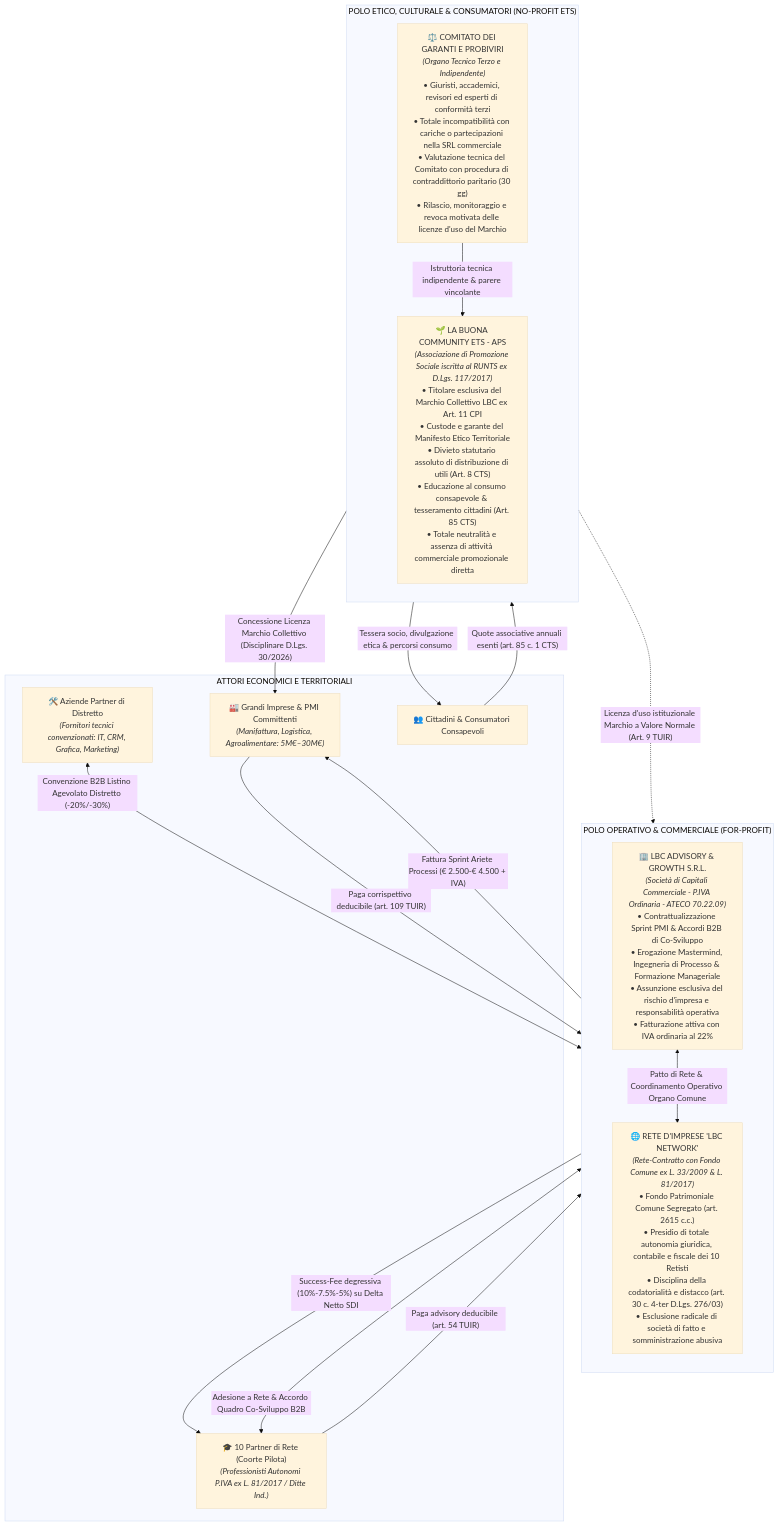
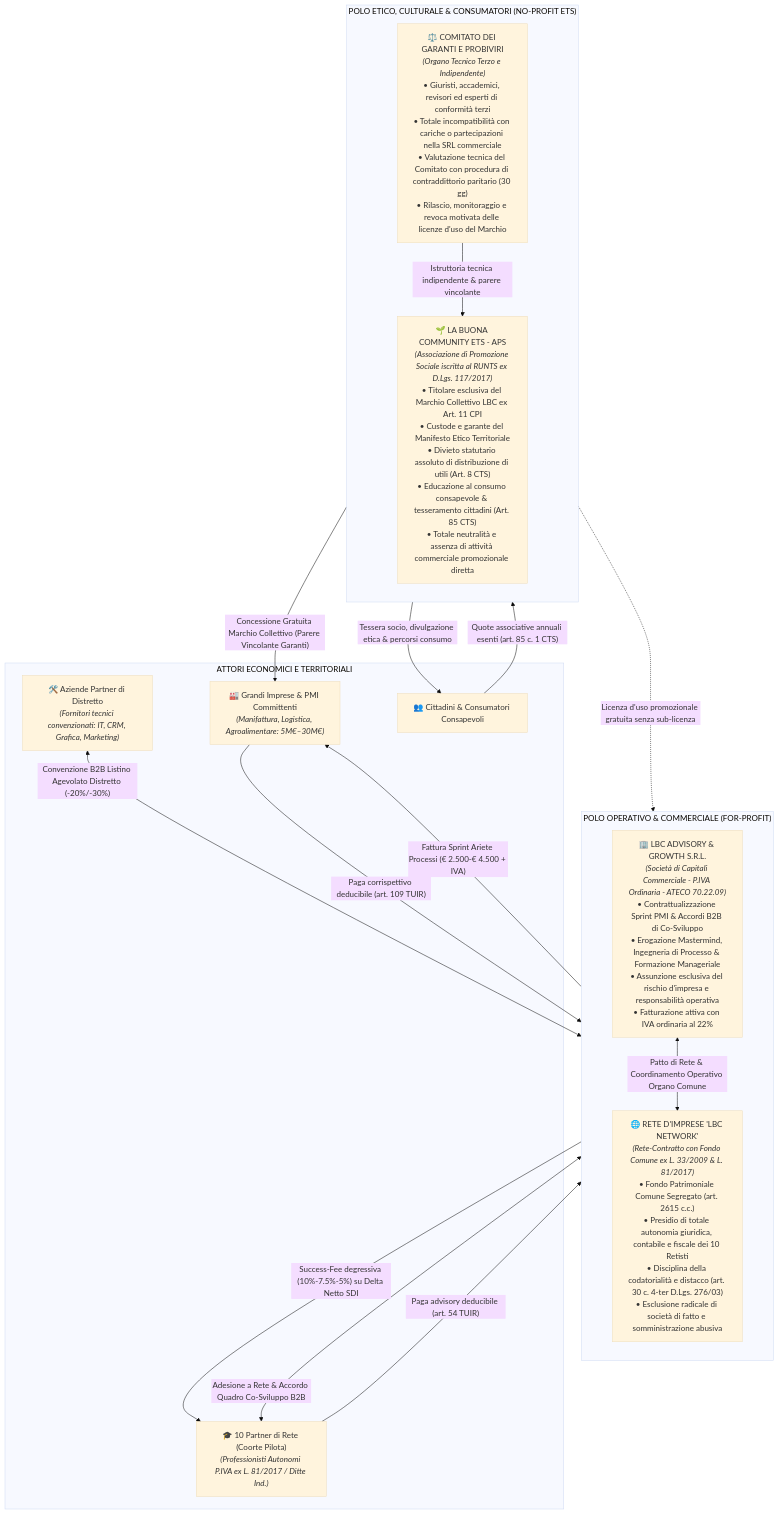
The first of 8 diagrams in STRATEGIC_BLUEPRINT.md (MarioDaeda/lbc-la-buona-community), drawn with Mermaid (base theme) before and after one commit. The commit also changed other lines of this file and 10 other files, not shown here.

````diff
--- a/STRATEGIC_BLUEPRINT.md
+++ b/STRATEGIC_BLUEPRINT.md
@@ -26,37 +27,37 @@
 ```mermaid
 flowchart TD
     subgraph FOR_PROFIT ["POLO OPERATIVO & COMMERCIALE (FOR-PROFIT)"]
         direction TB
         SRL["🏢 LBC ADVISORY & GROWTH S.R.L.<br/><i>(Società di Capitali Commerciale - P.IVA Ordinaria - ATECO 70.22.09)</i><br/>• Contrattualizzazione Sprint PMI & Accordi B2B di Co-Sviluppo<br/>• Erogazione Mastermind, Ingegneria di Processo & Formazione Manageriale<br/>• Assunzione esclusiva del rischio d'impresa e responsabilità operativa<br/>• Fatturazione attiva con IVA ordinaria al 22%"]
         RETE["🌐 RETE D'IMPRESE 'LBC NETWORK'<br/><i>(Rete-Contratto con Fondo Comune ex L. 33/2009 & L. 81/2017)</i><br/>• Fondo Patrimoniale Comune Segregato (art. 2615 c.c.)<br/>• Presidio di totale autonomia giuridica, contabile e fiscale dei 10 Retisti<br/>• Disciplina della codatorialità e distacco (art. 30 c. 4-ter D.Lgs. 276/03)<br/>• Esclusione radicale di società di fatto e somministrazione abusiva"]
     end
 
     subgraph NO_PROFIT ["POLO ETICO, CULTURALE & CONSUMATORI (NO-PROFIT ETS)"]
         direction TB
         ETS["🌱 LA BUONA COMMUNITY ETS - APS<br/><i>(Associazione di Promozione Sociale iscritta al RUNTS ex D.Lgs. 117/2017)</i><br/>• Titolare esclusiva del Marchio Collettivo LBC ex Art. 11 CPI<br/>• Custode e garante del Manifesto Etico Territoriale<br/>• Divieto statutario assoluto di distribuzione di utili (Art. 8 CTS)<br/>• Educazione al consumo consapevole & tesseramento cittadini (Art. 85 CTS)<br/>• Totale neutralità e assenza di attività commerciale promozionale diretta"]
         GARANTI["⚖️ COMITATO DEI GARANTI E PROBIVIRI<br/><i>(Organo Tecnico Terzo e Indipendente)</i><br/>• Giuristi, accademici, revisori ed esperti di conformità terzi<br/>• Totale incompatibilità con cariche o partecipazioni nella SRL commerciale<br/>• Valutazione tecnica del Comitato con procedura di contraddittorio paritario (30 gg)<br/>• Rilascio, monitoraggio e revoca motivata delle licenze d'uso del Marchio"]
     end
 
     subgraph ATTORI ["ATTORI ECONOMICI E TERRITORIALI"]
         PMI["🏭 Grandi Imprese & PMI Committenti<br/><i>(Manifattura, Logistica, Agroalimentare: 5M€–30M€)</i>"]
         PRO["🎓 10 Partner di Rete (Coorte Pilota)<br/><i>(Professionisti Autonomi P.IVA ex L. 81/2017 / Ditte Ind.)</i>"]
         TECH["🛠️ Aziende Partner di Distretto<br/><i>(Fornitori tecnici convenzionati: IT, CRM, Grafica, Marketing)</i>"]
         CIT["👥 Cittadini & Consumatori Consapevoli"]
     end
 
     %% Relazioni Polo Commerciale
     SRL <-->|"Patto di Rete & Coordinamento Operativo Organo Comune"| RETE
     PRO <-->|"Adesione a Rete & Accordo Quadro Co-Sviluppo B2B"| RETE
     TECH <-->|"Convenzione B2B Listino Agevolato Distretto (-20%/-30%)"| SRL
     SRL -->|"Fattura Sprint Ariete Processi (€ 2.500-€ 4.500 + IVA)"| PMI
     PMI -->|"Paga corrispettivo deducibile (art. 109 TUIR)"| SRL
     SRL -->|"Success-Fee degressiva (10%-7.5%-5%) su Delta Netto SDI"| PRO
     PRO -->|"Paga advisory deducibile (art. 54 TUIR)"| SRL
 
     %% Relazioni Polo Terzo Settore
     CIT -->|"Quote associative annuali esenti (art. 85 c. 1 CTS)"| ETS
     ETS -->|"Tessera socio, divulgazione etica & percorsi consumo"| CIT
     GARANTI -->|"Istruttoria tecnica indipendente & parere vincolante"| ETS
-    ETS -->|"Concessione Licenza Marchio Collettivo (Disciplinare D.Lgs. 30/2026)"| PMI
-    ETS -.->|"Licenza d'uso istituzionale Marchio a Valore Normale (Art. 9 TUIR)"| SRL
+    ETS -->|"Concessione Gratuita Marchio Collettivo (Parere Vincolante Garanti)"| PMI
+    ETS -.->|"Licenza d'uso promozionale gratuita senza sub-licenza"| SRL
 ```
````
